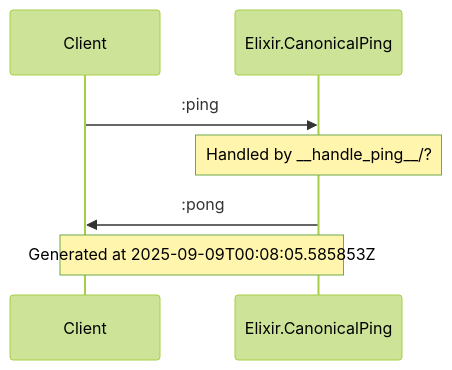
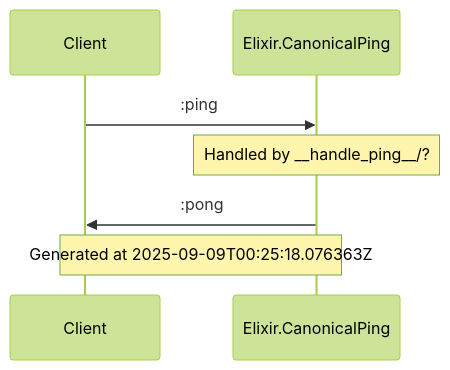
The diagram in docs/diagrams/Elixir.CanonicalPing.md (anoma/engine), drawn with Mermaid (forest theme) before and after one commit. The commit also changed other lines of this file and 27 other files, not shown here.

````diff
--- a/docs/diagrams/Elixir.CanonicalPing.md
+++ b/docs/diagrams/Elixir.CanonicalPing.md
@@ -5,11 +5,11 @@
 ```mermaid
 sequenceDiagram
     participant Client
     participant Elixir.Examples.CanonicalPingEngine as Elixir.CanonicalPing
     Client->>Elixir.Examples.CanonicalPingEngine: :ping
     Note over Elixir.Examples.CanonicalPingEngine: Handled by __handle_ping__/?
     Elixir.Examples.CanonicalPingEngine->>Client: :pong
 
-Note over Client, Elixir.Examples.CanonicalPingEngine: Generated at 2025-09-09T00:08:05.585853Z
+Note over Client, Elixir.Examples.CanonicalPingEngine: Generated at 2025-09-09T00:25:18.076363Z
 
 ```
````
